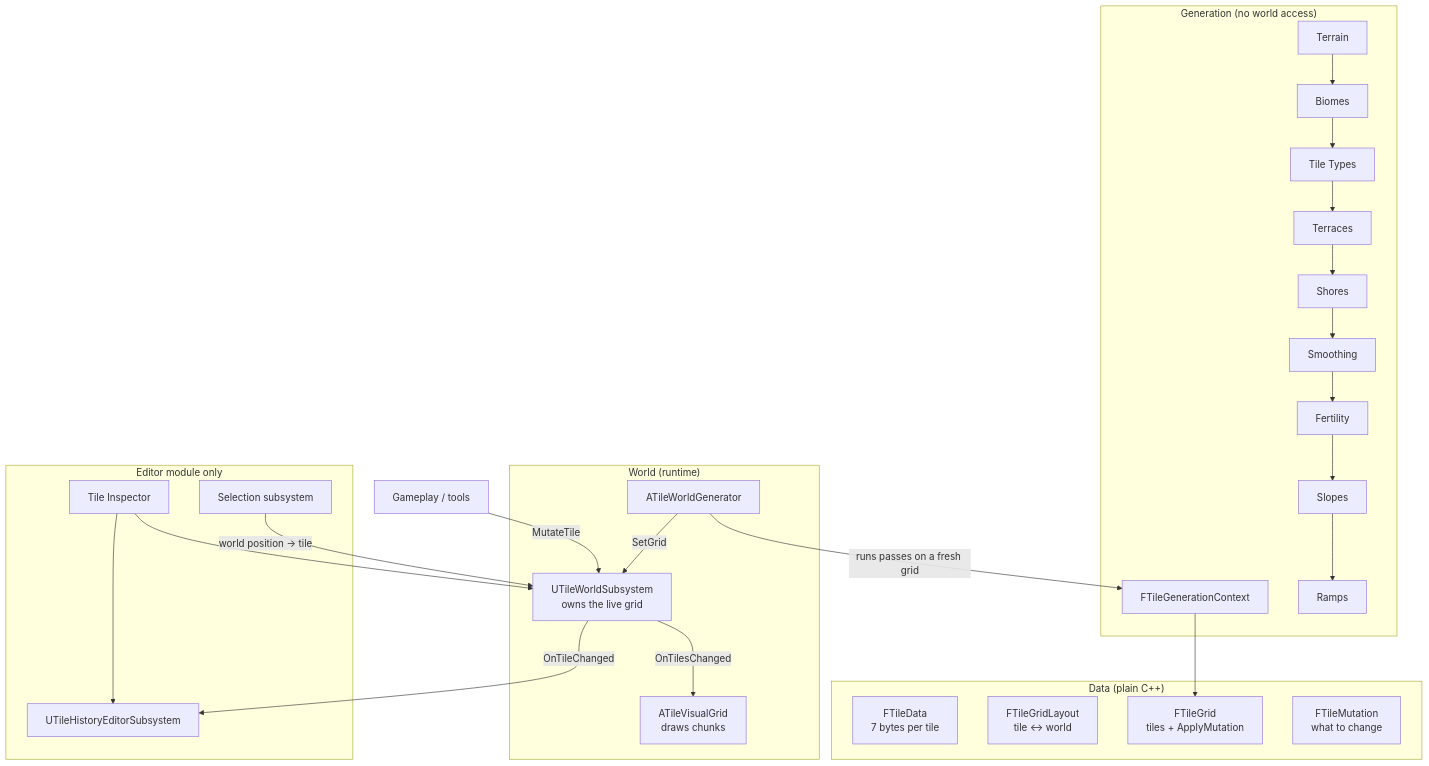
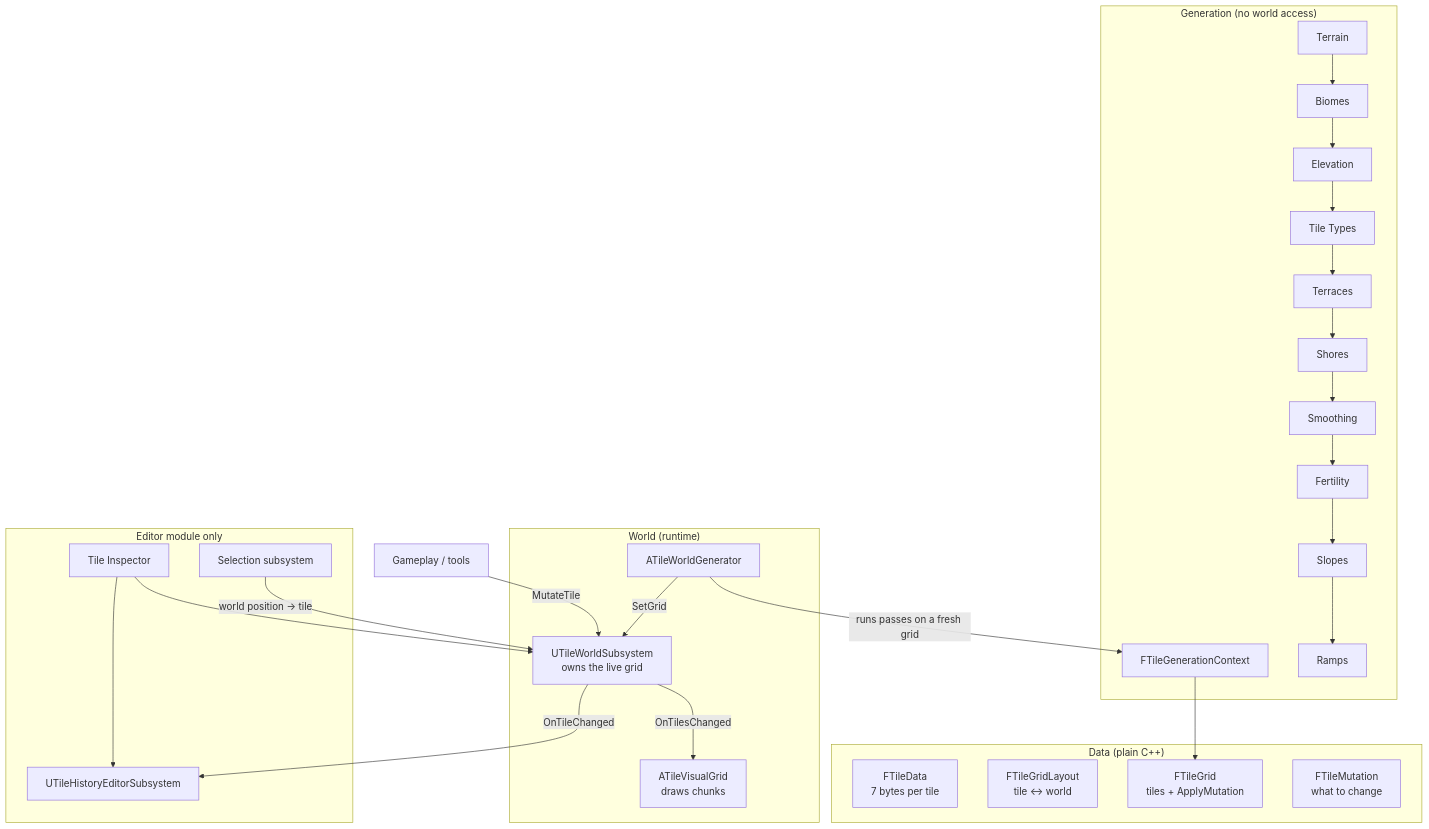
One commit to Shpakovskiyyy/ChillFarmGame changed the diagram in Docs/Architecture.md. Above: the diagram before and after it, drawn with Mermaid. The commit also changed other lines of this file and 13 other files, not shown here.

````diff
--- a/Docs/Architecture.md
+++ b/Docs/Architecture.md
@@ -26,36 +26,36 @@
 ```mermaid
 flowchart TB
     subgraph Data["Data (plain C++)"]
         TD[FTileData<br/>7 bytes per tile]
         GL[FTileGridLayout<br/>tile ↔ world]
         TG[FTileGrid<br/>tiles + ApplyMutation]
         TM[FTileMutation<br/>what to change]
     end
 
     subgraph Gen["Generation (no world access)"]
         GC[FTileGenerationContext]
-        P1[Terrain] --> P2[Biomes] --> P3[Tile Types] --> P4[Terraces] --> P5[Shores] --> P6[Smoothing] --> P7[Fertility] --> P8[Slopes] --> P9[Ramps]
+        P1[Terrain] --> P2[Biomes] --> P2b[Elevation] --> P3[Tile Types] --> P4[Terraces] --> P5[Shores] --> P6[Smoothing] --> P7[Fertility] --> P8[Slopes] --> P9[Ramps]
     end
 
     subgraph Runtime["World (runtime)"]
         WG[ATileWorldGenerator]
         WS[UTileWorldSubsystem<br/>owns the live grid]
         VG[ATileVisualGrid<br/>draws chunks]
     end
 
     subgraph Editor["Editor module only"]
         HS[UTileHistoryEditorSubsystem]
         SS[Selection subsystem]
         TI[Tile Inspector]
     end
 
     WG -->|runs passes on a fresh grid| GC
     GC --> TG
     WG -->|SetGrid| WS
     WS -->|OnTilesChanged| VG
     WS -->|OnTileChanged| HS
     Gameplay[Gameplay / tools] -->|MutateTile| WS
     SS -->|world position → tile| WS
     TI --> HS
     TI --> WS
 ```
````
